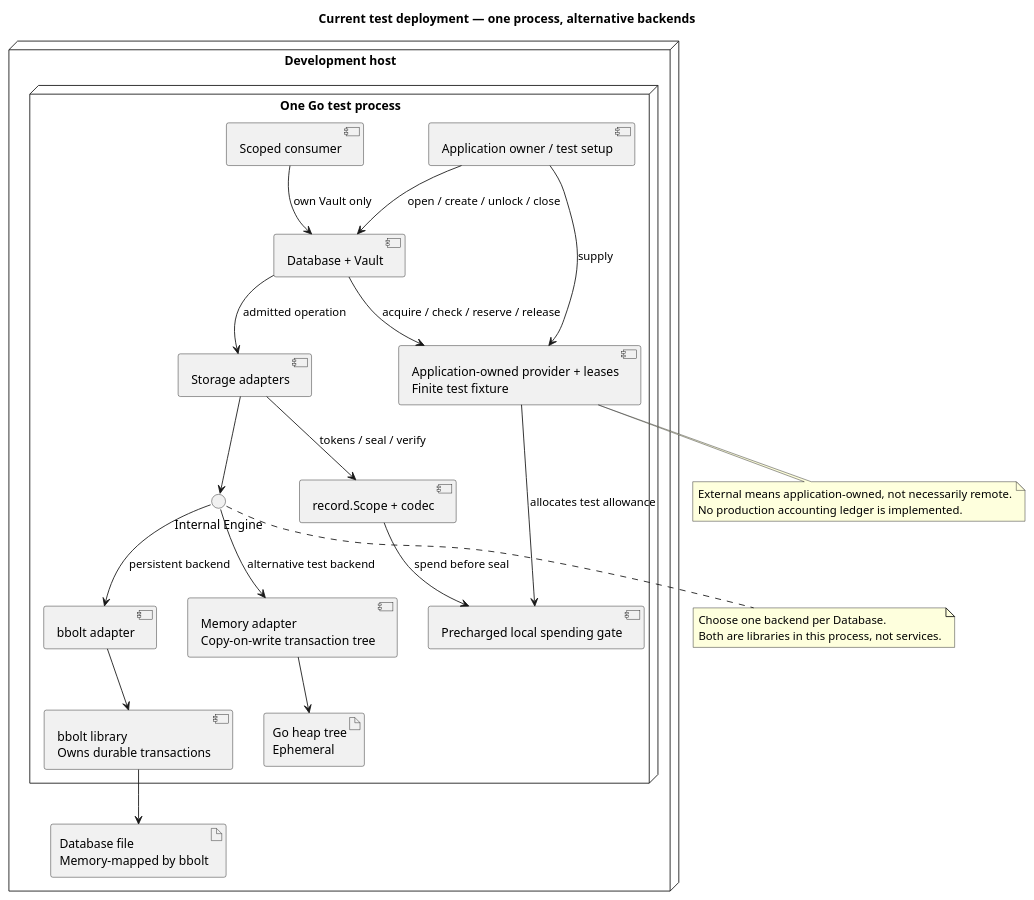
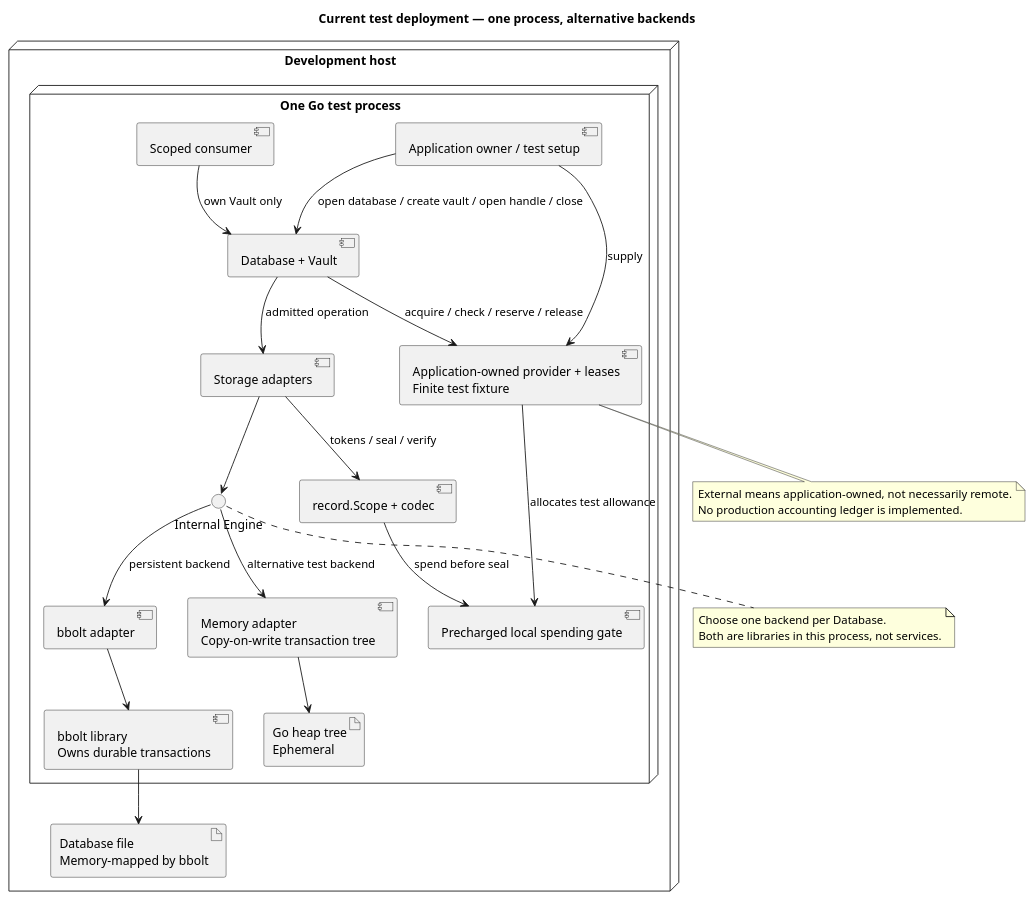
Before and after one commit to lainio/ic: the second of 4 diagrams in docs/architecture/managed-storage-current-system.md, drawn with PlantUML. The commit also changed other lines of this file and 13 other files, not shown here.

Commit message:
refactor rn OpenVault/vault.Close, example ready, documentation updated

```diff
--- a/docs/architecture/managed-storage-current-system.md
+++ b/docs/architecture/managed-storage-current-system.md
@@ -100,45 +145,45 @@
 ~~~plantuml
 @startuml
 skinparam shadowing false
 title Current test deployment — one process, alternative backends
 node "Development host" {
     node "One Go test process" {
         component "Application owner / test setup" as Owner
         component "Scoped consumer" as Consumer
         component "Database + Vault" as API
         component "Storage adapters" as Tx
         component "record.Scope + codec" as Codec
         component "Application-owned provider + leases\nFinite test fixture" as Provider
         component "Precharged local spending gate" as Gate
         interface "Internal Engine" as Engine
         component "bbolt adapter" as BoltAdapter
         component "bbolt library\nOwns durable transactions" as Bolt
         component "Memory adapter\nCopy-on-write transaction tree" as Memory
         artifact "Go heap tree\nEphemeral" as Heap
     }
     artifact "Database file\nMemory-mapped by bbolt" as File
 }
-Owner --> API : open / create / unlock / close
+Owner --> API : open database / create vault / open handle / close
 Owner --> Provider : supply
 Consumer --> API : own Vault only
 API --> Provider : acquire / check / reserve / release
 API --> Tx : admitted operation
 Tx --> Codec : tokens / seal / verify
 Provider --> Gate : allocates test allowance
 Codec --> Gate : spend before seal
 Tx --> Engine
 Engine --> BoltAdapter : persistent backend
 Engine --> Memory : alternative test backend
 BoltAdapter --> Bolt
 Bolt --> File
 Memory --> Heap
 note bottom of Engine
   Choose one backend per Database.
   Both are libraries in this process, not services.
 end note
 note bottom of Provider
   External means application-owned, not necessarily remote.
   No production accounting ledger is implemented.
 end note
 @enduml
 ~~~
```
